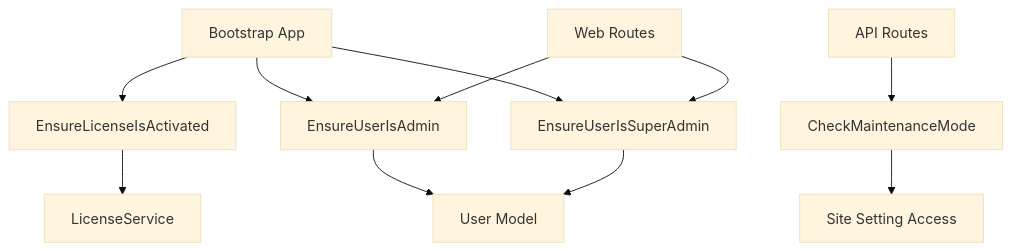
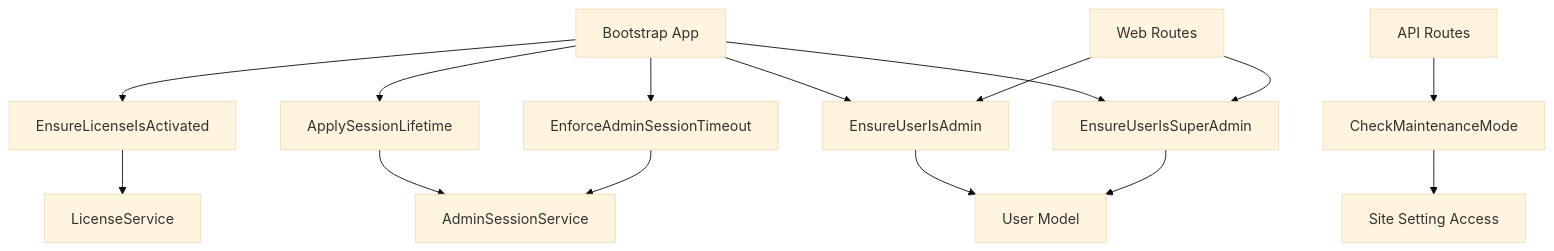
Diagram 13 of 13 in .qoder/repowiki/en/content/System Architecture/Backend Architecture/Middleware Pipeline.md (mahbub095/bus-app), drawn with Mermaid (base theme) before and after one commit. The commit also changed other lines of this file and 130 other files, not shown here.

````diff
--- a/.qoder/repowiki/en/content/System Architecture/Backend Architecture/Middleware Pipeline.md
+++ b/.qoder/repowiki/en/content/System Architecture/Backend Architecture/Middleware Pipeline.md
@@ -355,13 +467,17 @@
 ```mermaid
 graph TB
 EnsureLicenseIsActivated["EnsureLicenseIsActivated"] --> LicenseService["LicenseService"]
 EnsureUserIsAdmin["EnsureUserIsAdmin"] --> User["User Model"]
 EnsureUserIsSuperAdmin["EnsureUserIsSuperAdmin"] --> User
 CheckMaintenanceMode["CheckMaintenanceMode"] --> SiteSetting["Site Setting Access"]
+ApplySessionLifetime["ApplySessionLifetime"] --> AdminSessionService["AdminSessionService"]
+EnforceAdminSessionTimeout["EnforceAdminSessionTimeout"] --> AdminSessionService
 BootstrapApp["Bootstrap App"] --> EnsureLicenseIsActivated
+BootstrapApp --> ApplySessionLifetime
+BootstrapApp --> EnforceAdminSessionTimeout
 BootstrapApp --> EnsureUserIsAdmin
 BootstrapApp --> EnsureUserIsSuperAdmin
 RoutesWeb["Web Routes"] --> EnsureUserIsAdmin
 RoutesWeb --> EnsureUserIsSuperAdmin
 RoutesApi["API Routes"] --> CheckMaintenanceMode
 ```
````
